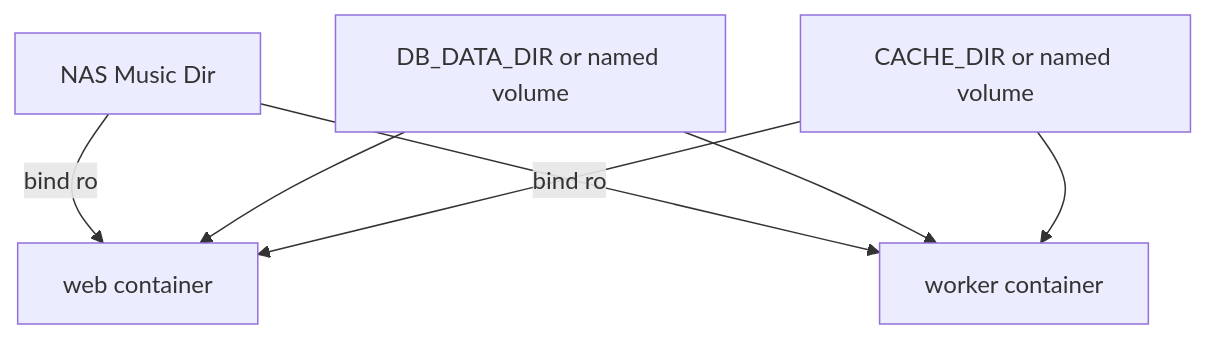
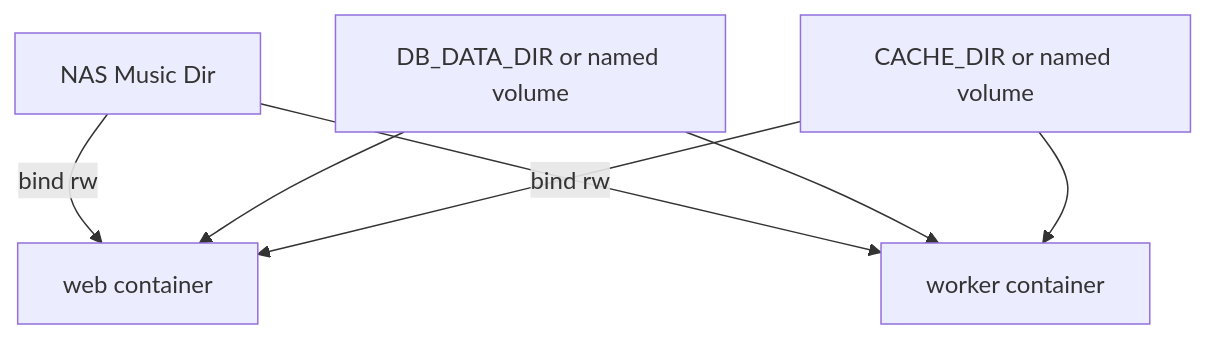
One commit to namehu/music-tagger changed the eighth of 8 diagrams in docs/architecture.md. Above: the diagram before and after it, drawn with Mermaid. The commit also changed other lines of this file and 23 other files, not shown here.

````diff
--- a/docs/architecture.md
+++ b/docs/architecture.md
@@ -603,16 +606,16 @@
 ```mermaid
 flowchart TD
   NASMusic[NAS Music Dir]
   DBStore[DB_DATA_DIR or named volume]
   CacheStore[CACHE_DIR or named volume]
 
   WebC[web container]
   WorkerC[worker container]
 
-  NASMusic -->|bind ro| WebC
-  NASMusic -->|bind ro| WorkerC
+  NASMusic -->|bind rw| WebC
+  NASMusic -->|bind rw| WorkerC
   DBStore --> WebC
   DBStore --> WorkerC
   CacheStore --> WebC
   CacheStore --> WorkerC
 ```
````
